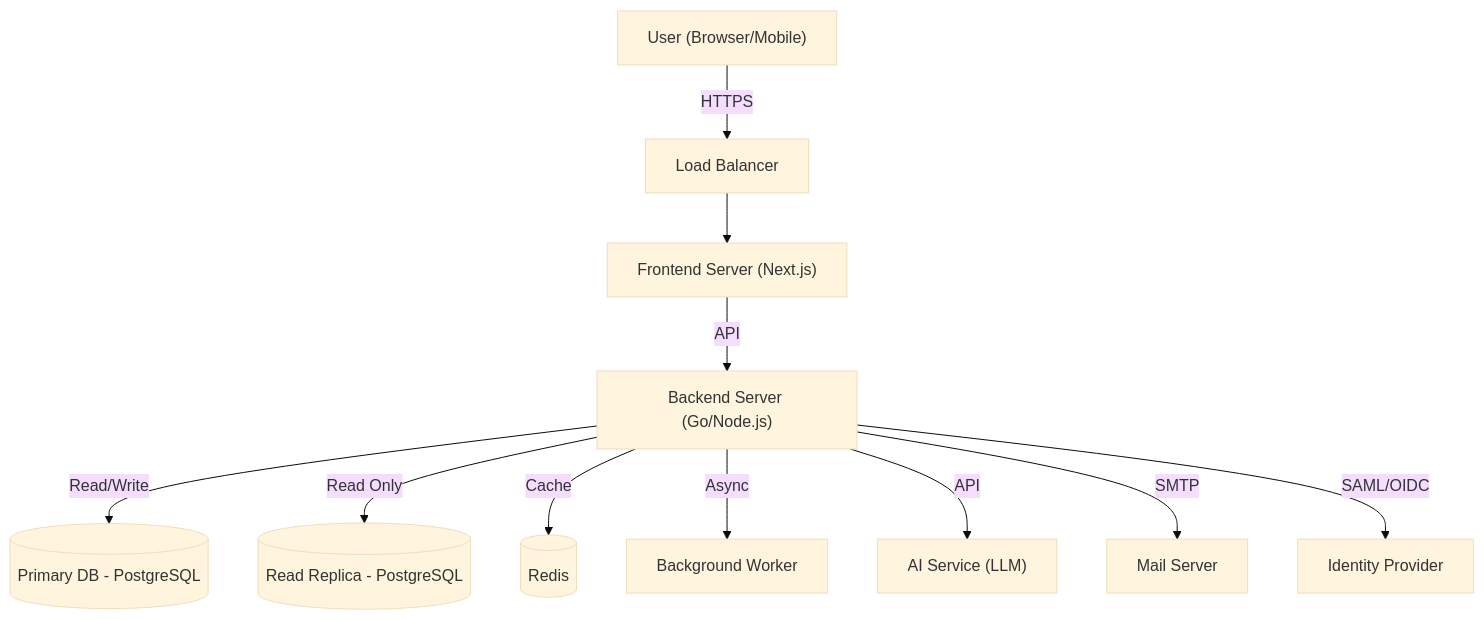
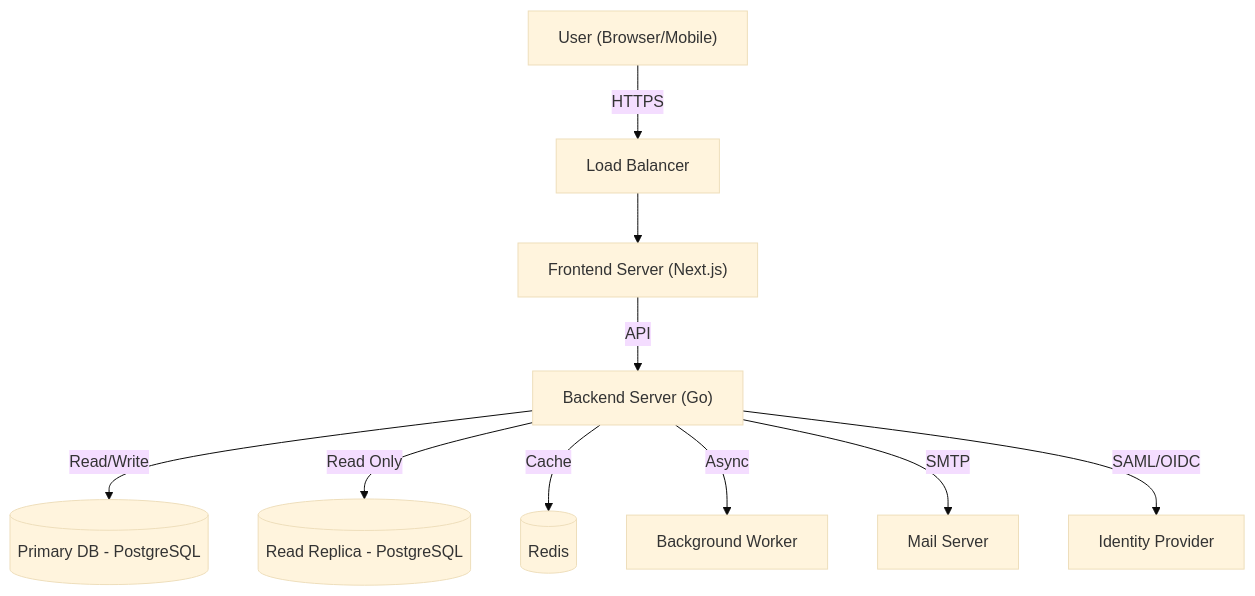
One commit to zurustar/aiexb2 changed the first of 4 diagrams in docs/basic_design.md. Above: the diagram before and after it, drawn with Mermaid (base theme). The commit also changed other lines of this file and 4 other files, not shown here.

````diff
--- a/docs/basic_design.md
+++ b/docs/basic_design.md
@@ -27,13 +28,12 @@
 ```mermaid
 graph TD
     User["User (Browser/Mobile)"] -->|HTTPS| LB[Load Balancer]
     LB --> FE["Frontend Server (Next.js)"]
-    FE -->|API| BE["Backend Server (Go/Node.js)"]
+    FE -->|API| BE["Backend Server (Go)"]
     BE -->|Read/Write| DB[(Primary DB - PostgreSQL)]
     BE -->|Read Only| DB_Read[(Read Replica - PostgreSQL)]
     BE -->|Cache| Redis[(Redis)]
     BE -->|Async| Worker[Background Worker]
-    BE -->|API| AI["AI Service (LLM)"]
     BE -->|SMTP| Mail[Mail Server]
     BE -->|SAML/OIDC| IdP[Identity Provider]
 ```
````
